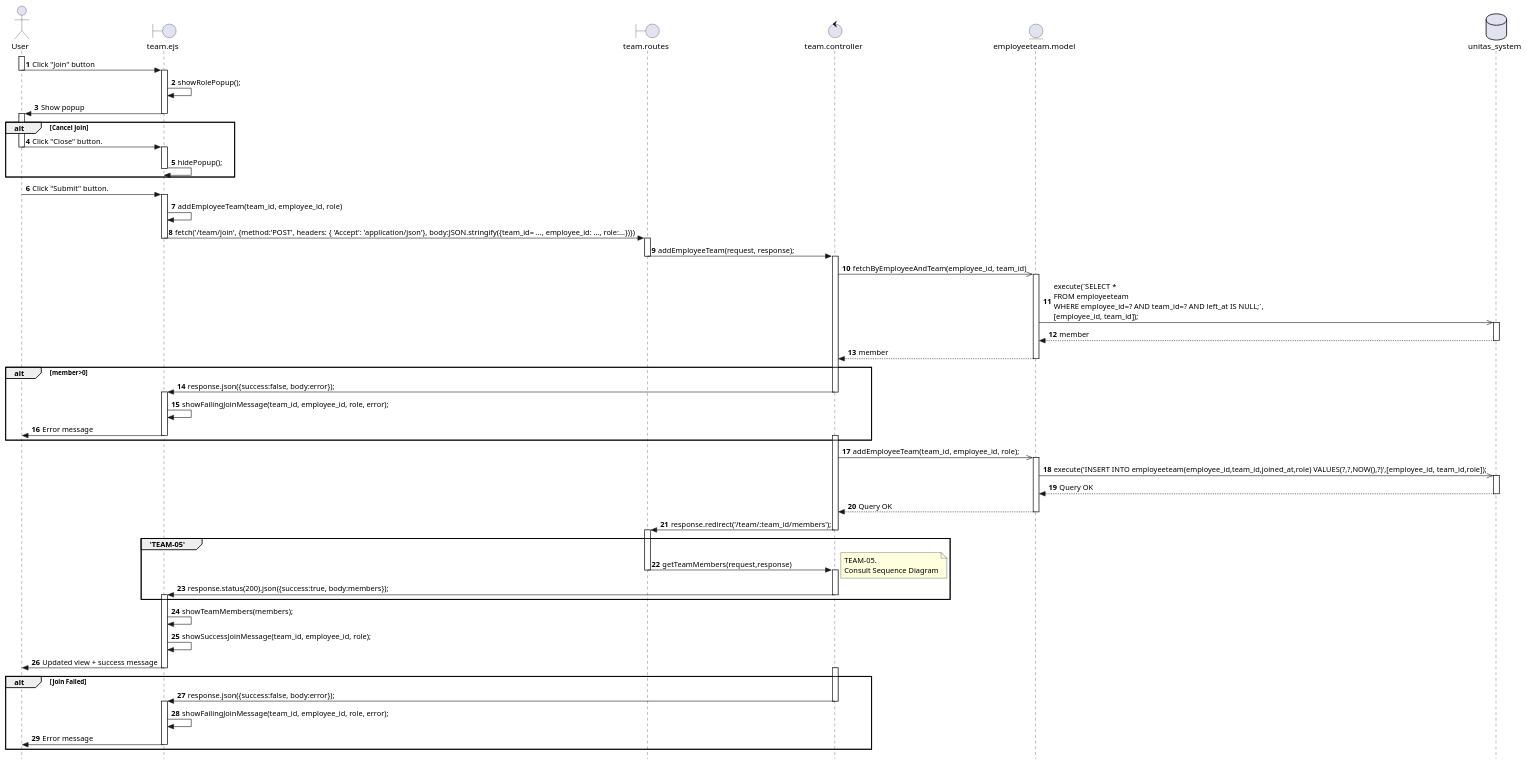
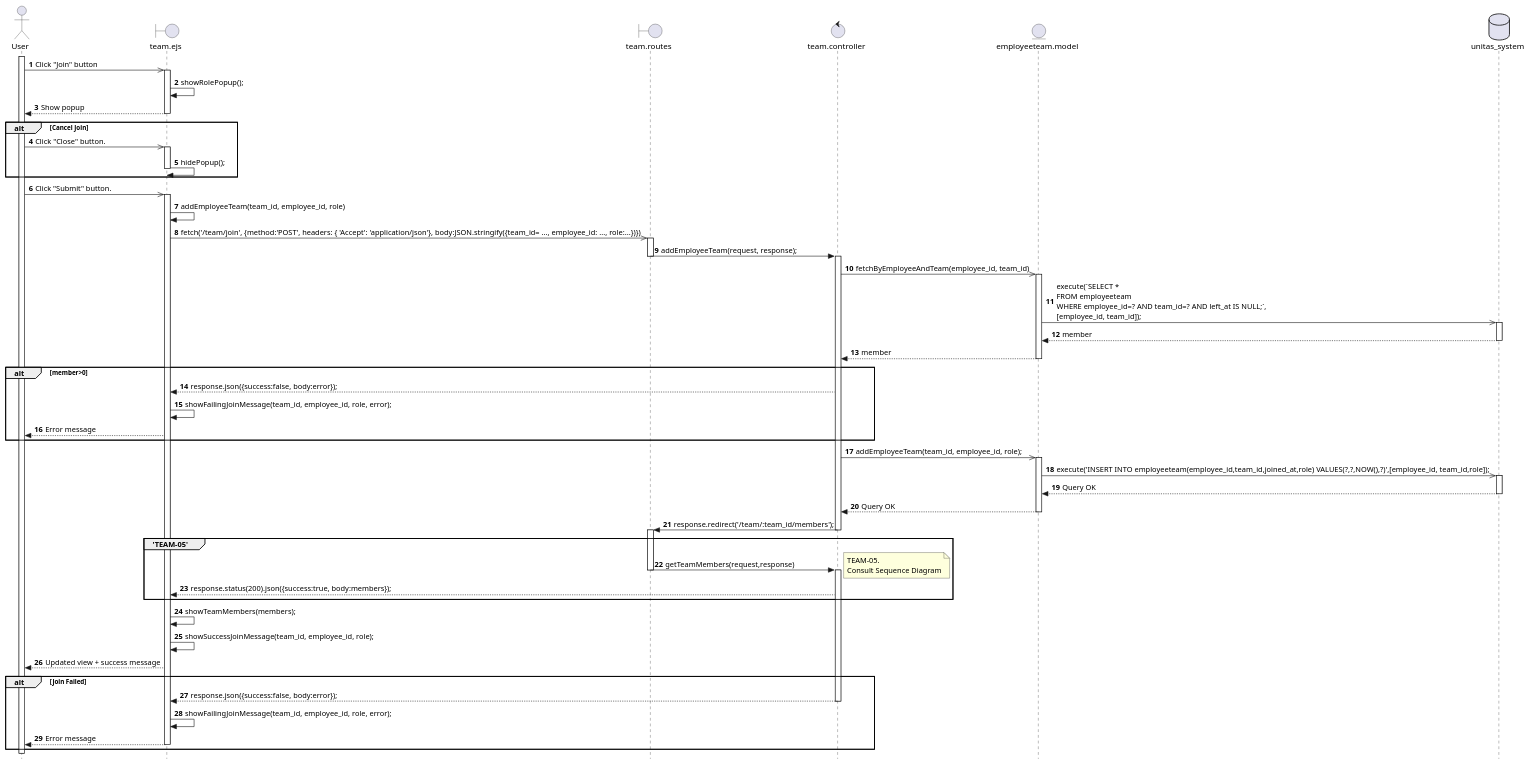
One commit to Berthou05/LimboSoftwareDevelopment_Change.org changed the diagram in documentation/sequence_diagrams/TEAM-06-01-SD.puml. Above: the diagram before and after it, drawn with PlantUML. The commit also changed 2 other files, not shown here.

Commit message:
[DOCS]: Sequence Diagram correction and validation PROJ-09, TEAM-06

```diff
--- a/documentation/sequence_diagrams/TEAM-06-01-SD.puml
+++ b/documentation/sequence_diagrams/TEAM-06-01-SD.puml
@@ -1,99 +1,85 @@
 @startuml
 skinparam style strictuml
 
 actor User as U
 boundary "team.ejs" as V
 boundary "team.routes" as RO
 control "team.controller" as C
 entity "employeeteam.model" as  ET
 database "unitas_system" as BD
 
 autonumber
 activate U
-U->V: Click "Join" button
-deactivate U
+U->>V: Click "Join" button
     activate V
     V->V: showRolePopup();
-    V->U: Show popup
+    V-->U: Show popup
     deactivate V
 
 alt Cancel Join
-activate U
-U->V: Click "Close" button.
-deactivate U
+U->>V: Click "Close" button.
     activate V
     V->V: hidePopup();
     deactivate V
 end
 
-activate U
-U->V: Click "Submit" button.
-deactivate U
+U->>V: Click "Submit" button.
     activate V
     V->V: addEmployeeTeam(team_id, employee_id, role)
-    V->RO: fetch('/team/join', {method:'POST', headers: { 'Accept': 'application/json'}, body:JSON.stringify({team_id= ..., employee_id: ..., role:...})})
-    deactivate V
+    V->>RO: fetch('/team/join', {method:'POST', headers: { 'Accept': 'application/json'}, body:JSON.stringify({team_id= ..., employee_id: ..., role:...})})
         activate RO
         RO->C: addEmployeeTeam(request, response);
         deactivate RO
             activate C
             C->>ET:fetchByEmployeeAndTeam(employee_id, team_id)
                 activate ET
                 ET->>BD:execute(`SELECT * \nFROM employeeteam \nWHERE employee_id=? AND team_id=? AND left_at IS NULL;`,\n[employee_id, team_id]);
                     activate BD
                     BD-->ET: member
                     deactivate BD
                 ET-->C:member
                 deactivate ET
             
 alt member>0
-            C->V: response.json({success:false, body:error});
-            deactivate C
-    activate V
+            C-->V: response.json({success:false, body:error});
     V->V: showFailingJoinMessage(team_id, employee_id, role, error);
-    V->U: Error message
-    deactivate V
-            activate C
+    V-->U: Error message
 end
             
             C->>ET: addEmployeeTeam(team_id, employee_id, role);
                 activate ET
                 ET->>BD: execute('INSERT INTO employeeteam(employee_id,team_id,joined_at,role) VALUES(?,?,NOW(),?)',[employee_id, team_id,role]);
                     activate BD
                     BD-->ET: Query OK
                     deactivate BD
                 ET-->C: Query OK
                 deactivate ET
 
             C->RO: response.redirect('/team/:team_id/members');
             deactivate C
         
         activate RO
         group 'TEAM-05'
-        RO->C: getTeamMembers(request,response)
+        RO->C: getTeamMembers(request,response)        
         deactivate RO
-            activate C
+        activate C
             note right
             TEAM-05. 
             Consult Sequence Diagram
             end note
-            C->V: response.status(200).json({success:true, body:members});
-            deactivate C
-    activate V
+            C-->V: response.status(200).json({success:true, body:members});
         end group
     V->V: showTeamMembers(members);
     V->V: showSuccessJoinMessage(team_id, employee_id, role);
-    V->U: Updated view + success message
-    deactivate V
+    V-->U: Updated view + success message
 
 alt Join Failed
-            activate C
-            C->V: response.json({success:false, body:error});
+            C-->V: response.json({success:false, body:error});
             deactivate C
-    activate V
     V->V: showFailingJoinMessage(team_id, employee_id, role, error);
-    V->U: Error message
+    V-->U: Error message
     deactivate V
 end
+deactivate U
 
 @enduml
```
